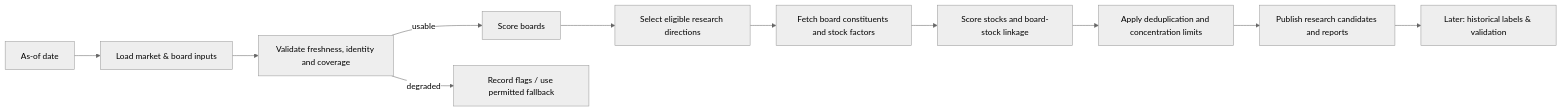
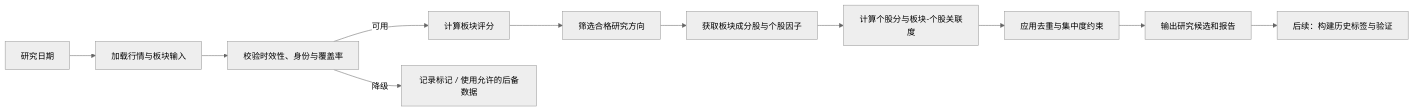
The second of 2 diagrams in README.md (niconico12138/ashare-theme-sector-radar), drawn with Mermaid (neutral theme) before and after one commit. The commit also changed other lines of this file, not shown here.

Commit message:
docs: localize README diagrams in Chinese

````diff
--- a/README.md
+++ b/README.md
@@ -82,13 +82,13 @@
 ```mermaid
 flowchart LR
-    A["As-of date"] --> B["Load market & board inputs"]
-    B --> C["Validate freshness, identity and coverage"]
-    C -->|"usable"| D["Score boards"]
-    C -->|"degraded"| X["Record flags / use permitted fallback"]
-    D --> E["Select eligible research directions"]
-    E --> F["Fetch board constituents and stock factors"]
-    F --> G["Score stocks and board-stock linkage"]
-    G --> H["Apply deduplication and concentration limits"]
-    H --> I["Publish research candidates and reports"]
-    I --> J["Later: historical labels & validation"]
+    A["研究日期"] --> B["加载行情与板块输入"]
+    B --> C["校验时效性、身份与覆盖率"]
+    C -->|"可用"| D["计算板块评分"]
+    C -->|"降级"| X["记录标记 / 使用允许的后备数据"]
+    D --> E["筛选合格研究方向"]
+    E --> F["获取板块成分股与个股因子"]
+    F --> G["计算个股分与板块-个股关联度"]
+    G --> H["应用去重与集中度约束"]
+    H --> I["输出研究候选和报告"]
+    I --> J["后续：构建历史标签与验证"]
 ```
````
